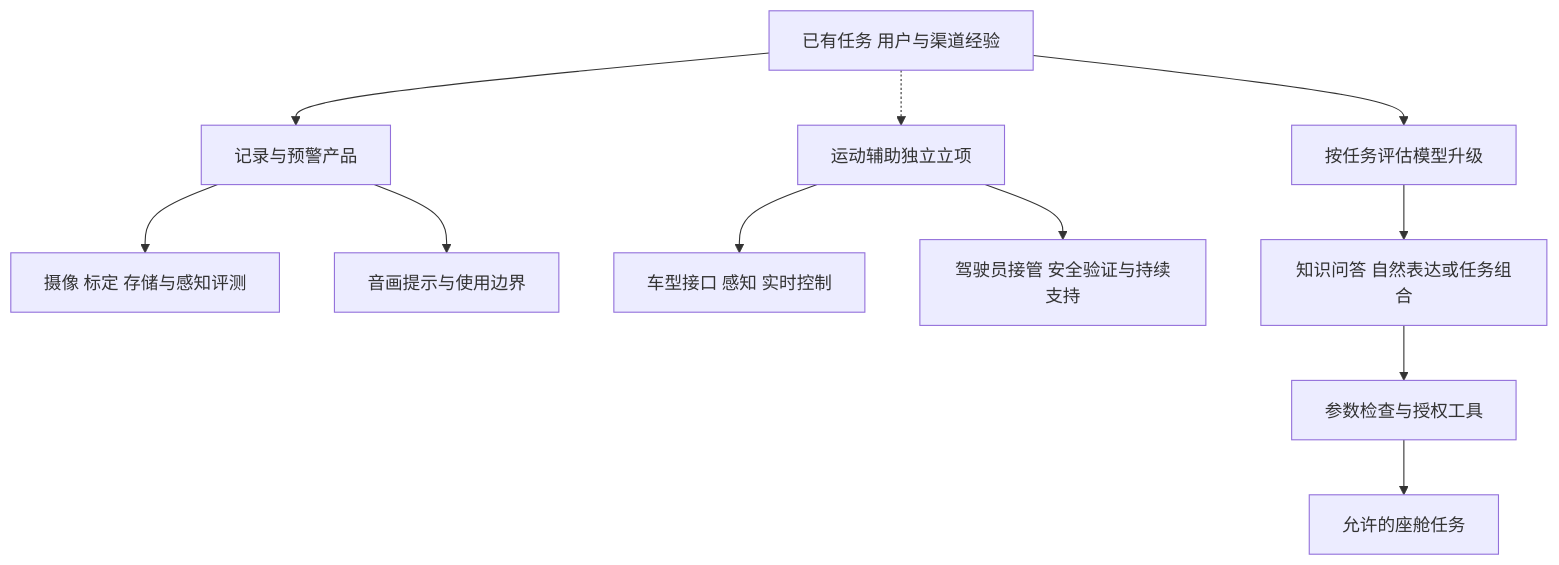
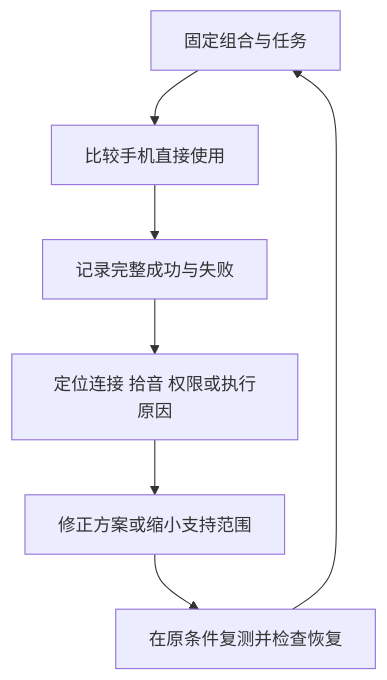
The diagram in dist/diagrams/fig-09.mmd (DreamSoul-AI/in-vehicle-ai-research), drawn with Mermaid before and after one commit. The commit also changed 45 other files, not shown here.

```diff
--- a/dist/diagrams/fig-09.mmd
+++ b/dist/diagrams/fig-09.mmd
@@ -1,12 +1,8 @@
-%% title: 座舱、预警与运动辅助的能力边界
-flowchart TD
-  A[已有任务 用户与渠道经验] --> B[记录与预警产品]
-  B --> B1[摄像 标定 存储与感知评测]
-  B --> B2[音画提示与使用边界]
-  A -.-> C[运动辅助独立立项]
-  C --> C1[车型接口 感知 实时控制]
-  C --> C2[驾驶员接管 安全验证与持续支持]
-  A --> D[按任务评估模型升级]
-  D --> D1[知识问答 自然表达或任务组合]
-  D1 --> E[参数检查与授权工具]
-  E --> F[允许的座舱任务]
+%% title: 任务验证与改进闭环
+flowchart TB
+  A[固定组合与任务] --> B[比较手机直接使用]
+  B --> C[记录完整成功与失败]
+  C --> D[定位连接 拾音 权限或执行原因]
+  D --> E[修正方案或缩小支持范围]
+  E --> F[在原条件复测并检查恢复]
+  F --> A
```
